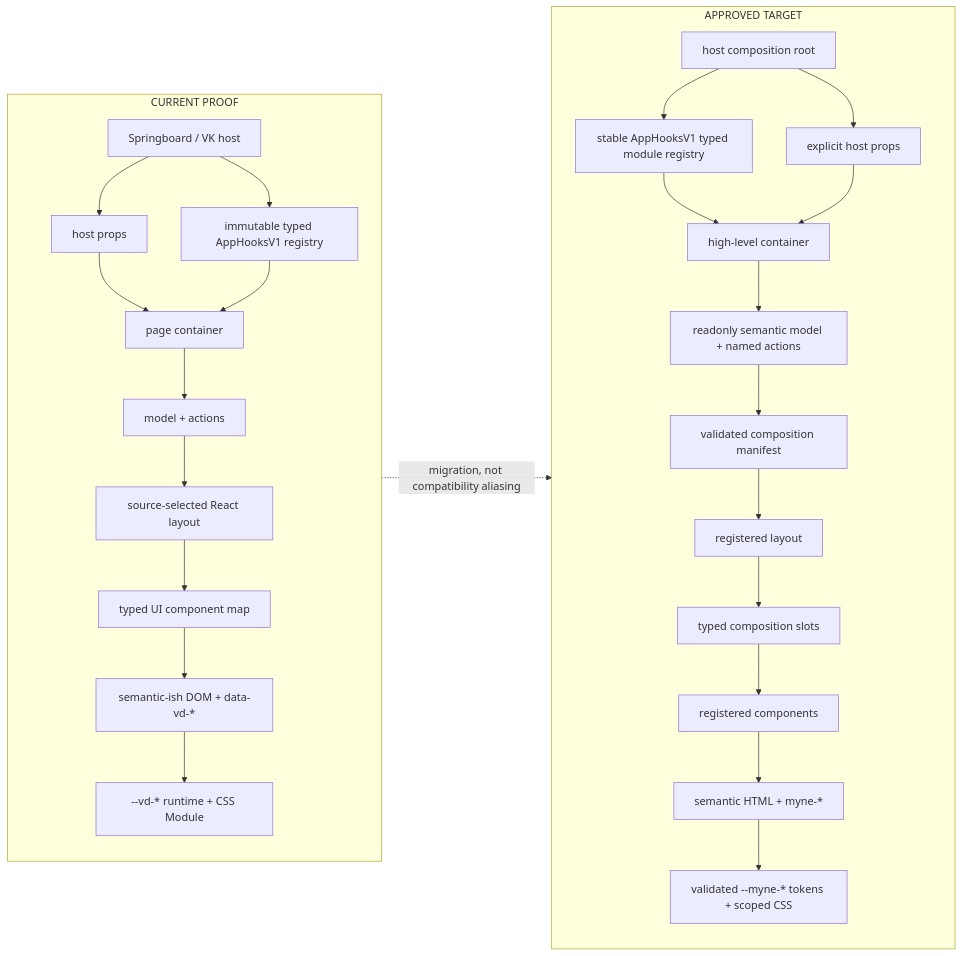
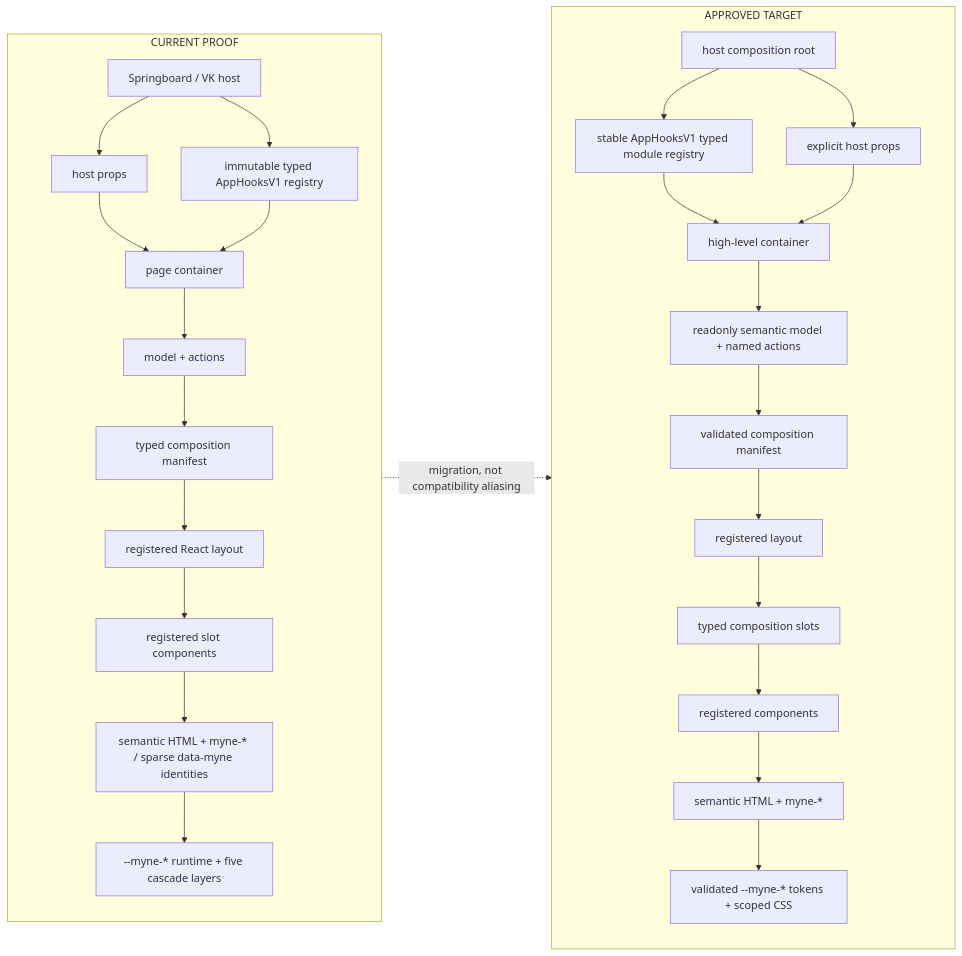
Before and after one commit to vibe-dashboard/vibe-dashboard: the first of 5 diagrams in docs/myne-architecture.md, drawn with Mermaid. The commit also changed other lines of this file and 43 other files, not shown here.

Commit message:
feat(myne): establish composition and styling contracts

````diff
--- a/docs/myne-architecture.md
+++ b/docs/myne-architecture.md
@@ -21,28 +21,29 @@
 ```mermaid
 flowchart LR
   subgraph C[CURRENT PROOF]
     CH[Springboard / VK host] --> CP[host props]
     CH --> CA[immutable typed AppHooksV1 registry]
     CP --> CC[page container]
     CA --> CC
     CC --> CM[model + actions]
-    CM --> CS[source-selected React layout]
-    CS --> CU[typed UI component map]
-    CU --> CD[semantic-ish DOM + data-vd-*]
-    CD --> CK[--vd-* runtime + CSS Module]
+    CM --> CX[typed composition manifest]
+    CX --> CS[registered React layout]
+    CS --> CU[registered slot components]
+    CU --> CD[semantic HTML + myne-* / sparse data-myne identities]
+    CD --> CK[--myne-* runtime + five cascade layers]
   end
   subgraph T[APPROVED TARGET]
     TH[host composition root] --> TA[stable AppHooksV1 typed module registry]
     TH --> TP[explicit host props]
     TA --> TC[high-level container]
     TP --> TC
     TC --> TM[readonly semantic model + named actions]
     TM --> TX[validated composition manifest]
     TX --> TL[registered layout]
     TL --> TS[typed composition slots]
     TS --> TR[registered components]
     TR --> TD[semantic HTML + myne-*]
     TD --> TK[validated --myne-* tokens + scoped CSS]
   end
   C -. migration, not compatibility aliasing .-> T
 ```
````
